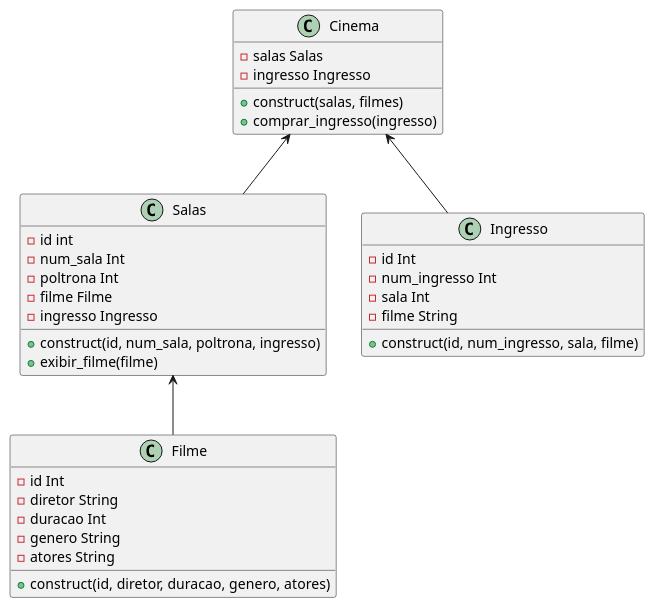
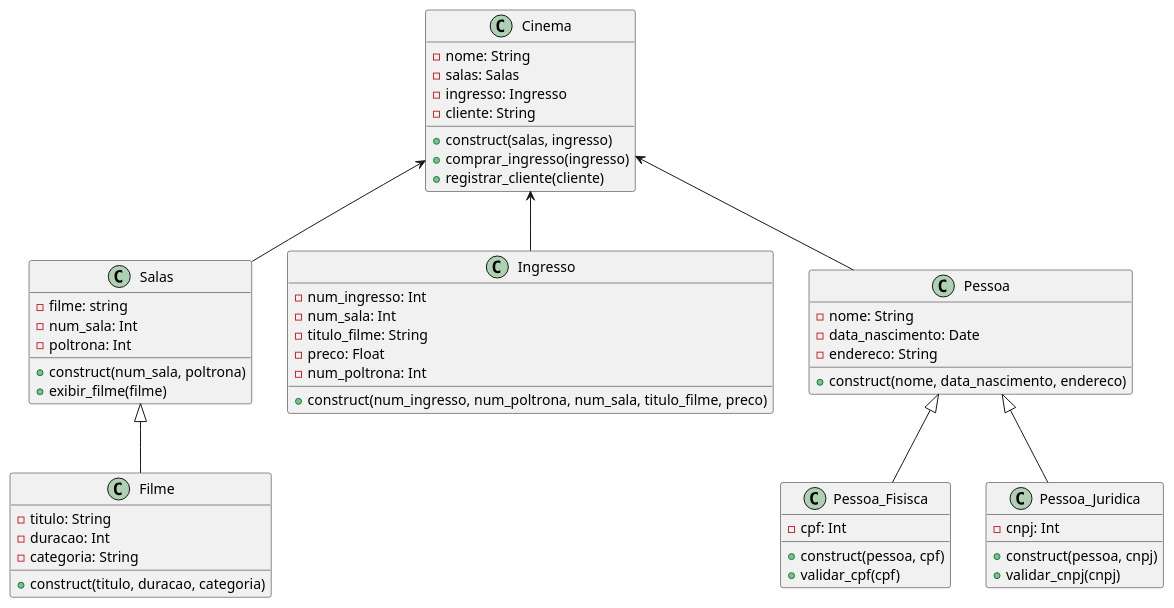
One commit to anleaes/2023-1-N1-POO-05 changed the diagram in cinema.plantuml. Above: the diagram before and after it, drawn with PlantUML.

Commit message:
Diagrama de classes cinema

```diff
--- a/cinema.plantuml
+++ b/cinema.plantuml
@@ -1,49 +1,76 @@
 @startuml Cinema
 
 class Cinema {
-
-    -salas Salas
-    -ingresso Ingresso
-    +construct(salas, filmes)
+    
+    -nome: String
+    -salas: Salas
+    -ingresso: Ingresso
+    -cliente: String
+    +construct(salas, ingresso)
     +comprar_ingresso(ingresso)
+    +registrar_cliente(cliente)
 }
 
 class Salas {
 
-    -id int 
-    -num_sala Int 
-    -poltrona Int 
-    -filme Filme 
-    -ingresso Ingresso 
-    +construct(id, num_sala, poltrona, ingresso)
+    -filme: string 
+    -num_sala: Int 
+    -poltrona: Int 
+    +construct(num_sala, poltrona)
     +exibir_filme(filme)
 }
 
 class Filme {
 
-    -id Int 
-    -diretor String 
-    -duracao Int 
-    -genero String 
-    -atores String 
-    +construct(id, diretor, duracao, genero, atores)
+    -titulo: String
+    -duracao: Int 
+    -categoria: String 
+
+    +construct(titulo, duracao, categoria)
 
 }
 
 class Ingresso {
 
-    -id Int 
-    -num_ingresso Int 
-    -sala Int
-    -filme String
-    +construct(id, num_ingresso, sala, filme)
+    -num_ingresso: Int 
+    -num_sala: Int
+    -titulo_filme: String
+    -preco: Float
+    -num_poltrona: Int
+    +construct(num_ingresso, num_poltrona, num_sala, titulo_filme, preco)
+}
+
+class Pessoa {
+
+    -nome: String 
+    -data_nascimento: Date
+    -endereco: String  
+    +construct(nome, data_nascimento, endereco)
+}
+
+class Pessoa_Fisisca {
+
+    -cpf: Int
+    +construct(pessoa, cpf)
+    +validar_cpf(cpf)
+}
+
+class Pessoa_Juridica {
+    
+    -cnpj: Int 
+    +construct(pessoa, cnpj)
+    +validar_cnpj(cnpj)
 }
 
 
-Cinema <-- Salas 
+Cinema <-- Salas
 Cinema <-- Ingresso 
-Salas <-- Filme 
+Salas <|-- Filme   
+Cinema <-- Pessoa 
+Pessoa <|-- Pessoa_Fisisca
+Pessoa <|-- Pessoa_Juridica
+
 
 
 
 @enduml 
```
